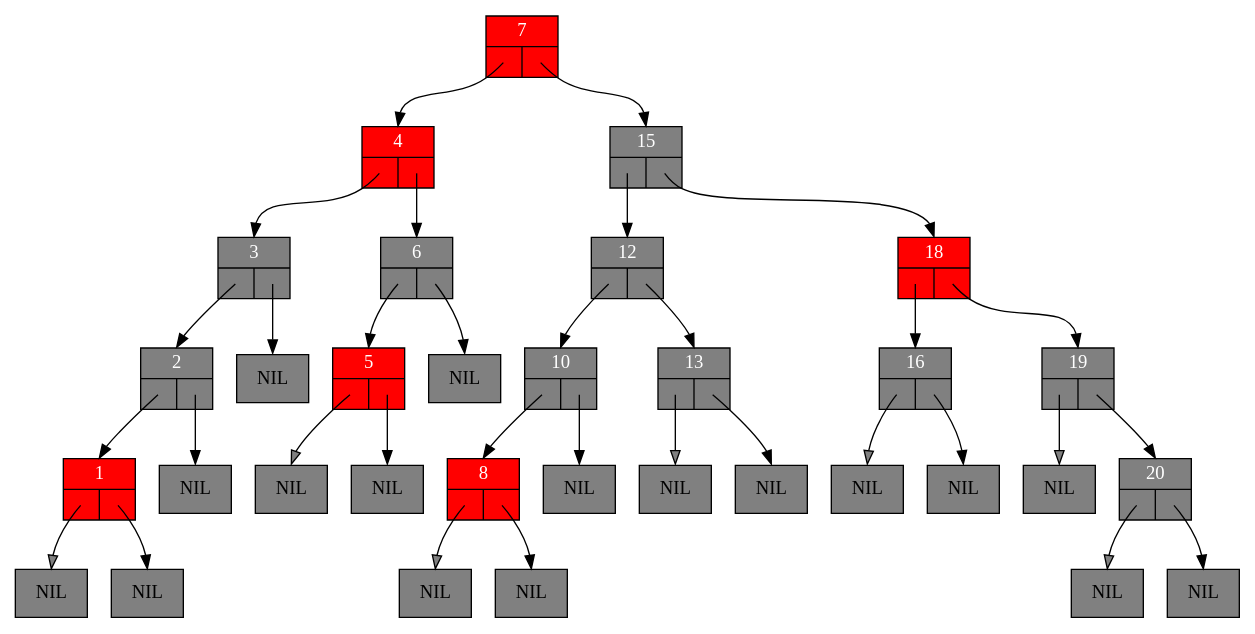
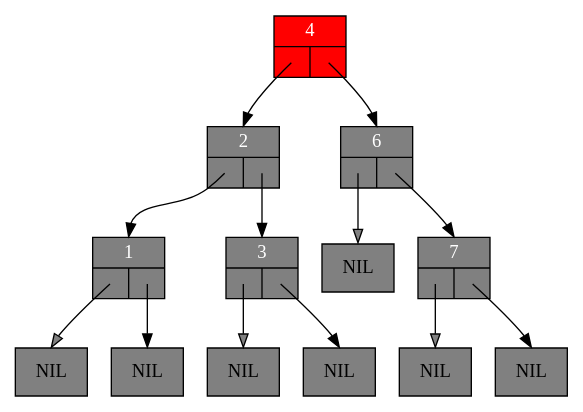
One commit to NOTuglyduckling/C changed the diagram in Algo3/base_code_lab6/Code/thetree-4.dot. Above: the diagram before and after it, drawn with Graphviz. The commit also changed 22 other files, not shown here.

```diff
--- a/Algo3/base_code_lab6/Code/thetree-4.dot
+++ b/Algo3/base_code_lab6/Code/thetree-4.dot
@@ -1,71 +1,31 @@
 digraph RedBlackTree {
 	graph [ranksep=0.5];
 	node [shape = record];
 
-	n1 [style=filled, fillcolor=red, fontcolor=white, label="{1|{<left>|<right>}}"];
+	n1 [style=filled, fillcolor=grey, fontcolor=white, label="{1|{<left>|<right>}}"];
 	lnil1 [style=filled, fillcolor=grey, label="NIL"];
 	n1:left:c -> lnil1:n [fillcolor=grey, headclip=false, tailclip=false]
 	rnil1 [style=filled, fillcolor=grey, label="NIL"];
 	n1:right:c -> rnil1:n [headclip=false, tailclip=false]
 	n2 [style=filled, fillcolor=grey, fontcolor=white, label="{2|{<left>|<right>}}"];
 	n2:left:c -> n1:n [headclip=false, tailclip=false]
-	rnil2 [style=filled, fillcolor=grey, label="NIL"];
-	n2:right:c -> rnil2:n [headclip=false, tailclip=false]
+	n2:right:c -> n3:n [headclip=false, tailclip=false]
 	n3 [style=filled, fillcolor=grey, fontcolor=white, label="{3|{<left>|<right>}}"];
-	n3:left:c -> n2:n [headclip=false, tailclip=false]
+	lnil3 [style=filled, fillcolor=grey, label="NIL"];
+	n3:left:c -> lnil3:n [fillcolor=grey, headclip=false, tailclip=false]
 	rnil3 [style=filled, fillcolor=grey, label="NIL"];
 	n3:right:c -> rnil3:n [headclip=false, tailclip=false]
 	n4 [style=filled, fillcolor=red, fontcolor=white, label="{4|{<left>|<right>}}"];
-	n4:left:c -> n3:n [headclip=false, tailclip=false]
+	n4:left:c -> n2:n [headclip=false, tailclip=false]
 	n4:right:c -> n6:n [headclip=false, tailclip=false]
-	n5 [style=filled, fillcolor=red, fontcolor=white, label="{5|{<left>|<right>}}"];
-	lnil5 [style=filled, fillcolor=grey, label="NIL"];
-	n5:left:c -> lnil5:n [fillcolor=grey, headclip=false, tailclip=false]
-	rnil5 [style=filled, fillcolor=grey, label="NIL"];
-	n5:right:c -> rnil5:n [headclip=false, tailclip=false]
 	n6 [style=filled, fillcolor=grey, fontcolor=white, label="{6|{<left>|<right>}}"];
-	n6:left:c -> n5:n [headclip=false, tailclip=false]
-	rnil6 [style=filled, fillcolor=grey, label="NIL"];
-	n6:right:c -> rnil6:n [headclip=false, tailclip=false]
-	n7 [style=filled, fillcolor=red, fontcolor=white, label="{7|{<left>|<right>}}"];
-	n7:left:c -> n4:n [headclip=false, tailclip=false]
-	n7:right:c -> n15:n [headclip=false, tailclip=false]
-	n8 [style=filled, fillcolor=red, fontcolor=white, label="{8|{<left>|<right>}}"];
-	lnil8 [style=filled, fillcolor=grey, label="NIL"];
-	n8:left:c -> lnil8:n [fillcolor=grey, headclip=false, tailclip=false]
-	rnil8 [style=filled, fillcolor=grey, label="NIL"];
-	n8:right:c -> rnil8:n [headclip=false, tailclip=false]
-	n10 [style=filled, fillcolor=grey, fontcolor=white, label="{10|{<left>|<right>}}"];
-	n10:left:c -> n8:n [headclip=false, tailclip=false]
-	rnil10 [style=filled, fillcolor=grey, label="NIL"];
-	n10:right:c -> rnil10:n [headclip=false, tailclip=false]
-	n12 [style=filled, fillcolor=grey, fontcolor=white, label="{12|{<left>|<right>}}"];
-	n12:left:c -> n10:n [headclip=false, tailclip=false]
-	n12:right:c -> n13:n [headclip=false, tailclip=false]
-	n13 [style=filled, fillcolor=grey, fontcolor=white, label="{13|{<left>|<right>}}"];
-	lnil13 [style=filled, fillcolor=grey, label="NIL"];
-	n13:left:c -> lnil13:n [fillcolor=grey, headclip=false, tailclip=false]
-	rnil13 [style=filled, fillcolor=grey, label="NIL"];
-	n13:right:c -> rnil13:n [headclip=false, tailclip=false]
-	n15 [style=filled, fillcolor=grey, fontcolor=white, label="{15|{<left>|<right>}}"];
-	n15:left:c -> n12:n [headclip=false, tailclip=false]
-	n15:right:c -> n18:n [headclip=false, tailclip=false]
-	n16 [style=filled, fillcolor=grey, fontcolor=white, label="{16|{<left>|<right>}}"];
-	lnil16 [style=filled, fillcolor=grey, label="NIL"];
-	n16:left:c -> lnil16:n [fillcolor=grey, headclip=false, tailclip=false]
-	rnil16 [style=filled, fillcolor=grey, label="NIL"];
-	n16:right:c -> rnil16:n [headclip=false, tailclip=false]
-	n18 [style=filled, fillcolor=red, fontcolor=white, label="{18|{<left>|<right>}}"];
-	n18:left:c -> n16:n [headclip=false, tailclip=false]
-	n18:right:c -> n19:n [headclip=false, tailclip=false]
-	n19 [style=filled, fillcolor=grey, fontcolor=white, label="{19|{<left>|<right>}}"];
-	lnil19 [style=filled, fillcolor=grey, label="NIL"];
-	n19:left:c -> lnil19:n [fillcolor=grey, headclip=false, tailclip=false]
-	n19:right:c -> n20:n [headclip=false, tailclip=false]
-	n20 [style=filled, fillcolor=grey, fontcolor=white, label="{20|{<left>|<right>}}"];
-	lnil20 [style=filled, fillcolor=grey, label="NIL"];
-	n20:left:c -> lnil20:n [fillcolor=grey, headclip=false, tailclip=false]
-	rnil20 [style=filled, fillcolor=grey, label="NIL"];
-	n20:right:c -> rnil20:n [headclip=false, tailclip=false]
+	lnil6 [style=filled, fillcolor=grey, label="NIL"];
+	n6:left:c -> lnil6:n [fillcolor=grey, headclip=false, tailclip=false]
+	n6:right:c -> n7:n [headclip=false, tailclip=false]
+	n7 [style=filled, fillcolor=grey, fontcolor=white, label="{7|{<left>|<right>}}"];
+	lnil7 [style=filled, fillcolor=grey, label="NIL"];
+	n7:left:c -> lnil7:n [fillcolor=grey, headclip=false, tailclip=false]
+	rnil7 [style=filled, fillcolor=grey, label="NIL"];
+	n7:right:c -> rnil7:n [headclip=false, tailclip=false]
 
 }
```
